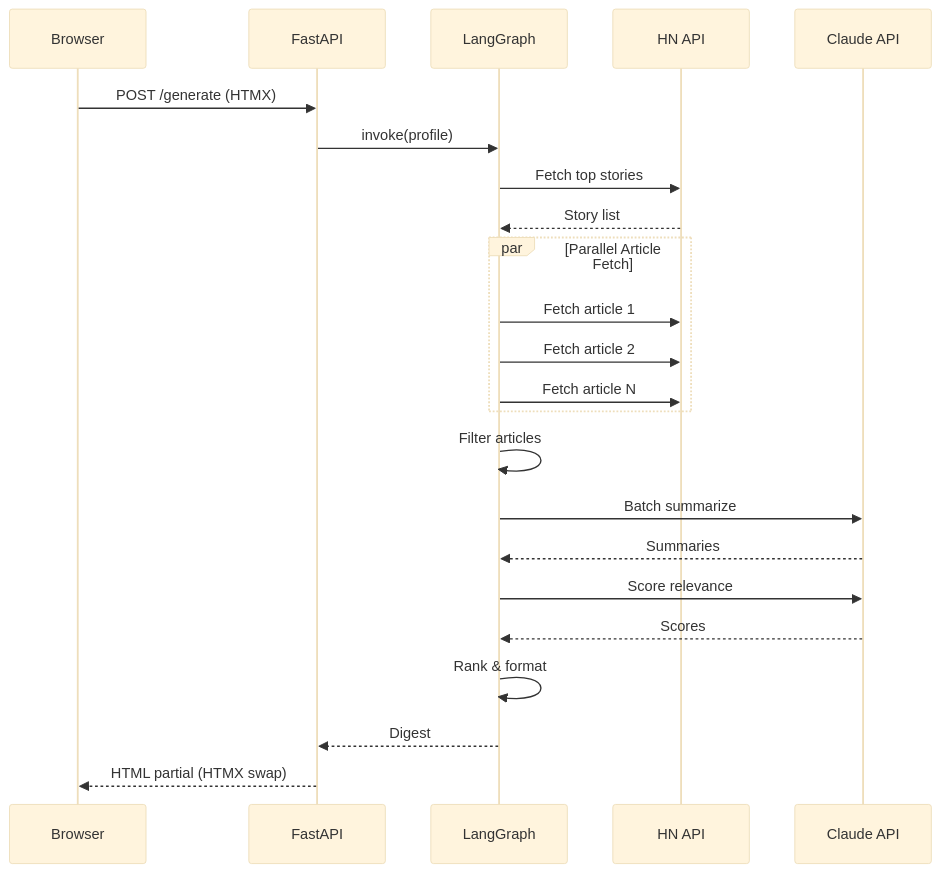
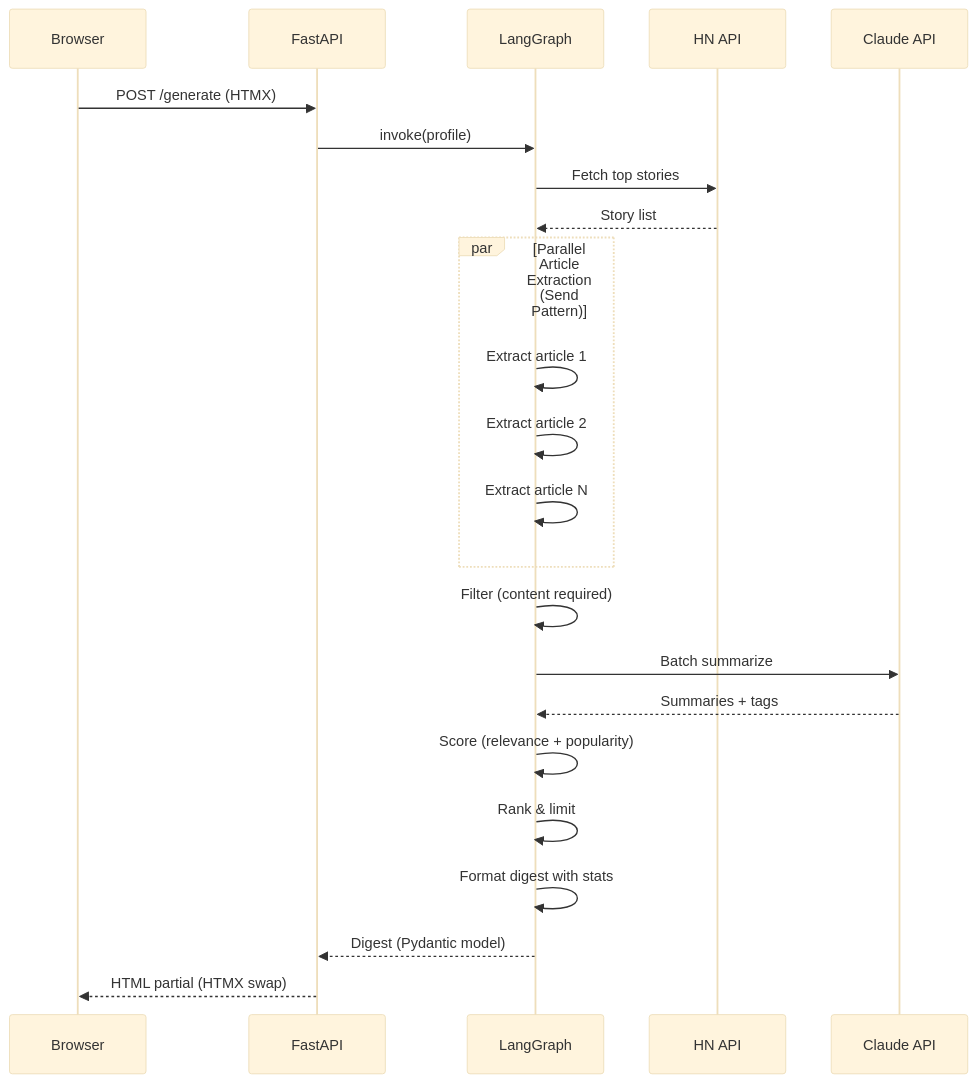
The second of 5 diagrams in docs/architecture.md (darth-dodo/hn-herald), drawn with Mermaid (base theme) before and after one commit. The commit also changed other lines of this file and 1 other file, not shown here.

First line of the commit message:
docs: update README and architecture for LangGraph implementation

````diff
--- a/docs/architecture.md
+++ b/docs/architecture.md
@@ -73,28 +72,28 @@
 ```mermaid
 sequenceDiagram
     participant B as Browser
     participant F as FastAPI
     participant G as LangGraph
     participant HN as HN API
     participant C as Claude API
 
     B->>F: POST /generate (HTMX)
     F->>G: invoke(profile)
     G->>HN: Fetch top stories
     HN-->>G: Story list
 
-    par Parallel Article Fetch
-        G->>HN: Fetch article 1
-        G->>HN: Fetch article 2
-        G->>HN: Fetch article N
+    par Parallel Article Extraction (Send Pattern)
+        G->>G: Extract article 1
+        G->>G: Extract article 2
+        G->>G: Extract article N
     end
 
-    G->>G: Filter articles
+    G->>G: Filter (content required)
     G->>C: Batch summarize
-    C-->>G: Summaries
-    G->>C: Score relevance
-    C-->>G: Scores
-    G->>G: Rank & format
-    G-->>F: Digest
+    C-->>G: Summaries + tags
+    G->>G: Score (relevance + popularity)
+    G->>G: Rank & limit
+    G->>G: Format digest with stats
+    G-->>F: Digest (Pydantic model)
     F-->>B: HTML partial (HTMX swap)
 ```
````
